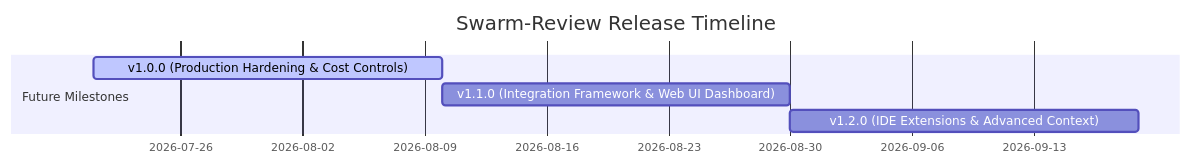
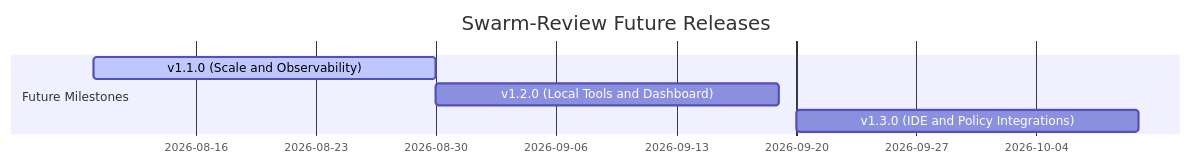
One commit to EvanGribar/Swarm-Review changed the diagram in ROADMAP.md. Above: the diagram before and after it, drawn with Mermaid. The commit also changed other lines of this file and 9 other files, not shown here.

````diff
--- a/ROADMAP.md
+++ b/ROADMAP.md
@@ -5,9 +5,9 @@
 ```mermaid
 gantt
-    title Swarm-Review Release Timeline
-    dateFormat  YYYY-MM-DD
+    title Swarm-Review Future Releases
+    dateFormat YYYY-MM-DD
     section Future Milestones
-    v1.0.0 (Production Hardening & Cost Controls) :active, 2026-07-21, 20d
-    v1.1.0 (Integration Framework & Web UI Dashboard) : 2026-08-10, 20d
-    v1.2.0 (IDE Extensions & Advanced Context) : 2026-08-30, 20d
+    v1.1.0 (Scale and Observability) :active, 2026-08-10, 20d
+    v1.2.0 (Local Tools and Dashboard) : 2026-08-30, 20d
+    v1.3.0 (IDE and Policy Integrations) : 2026-09-20, 20d
 ```
````
